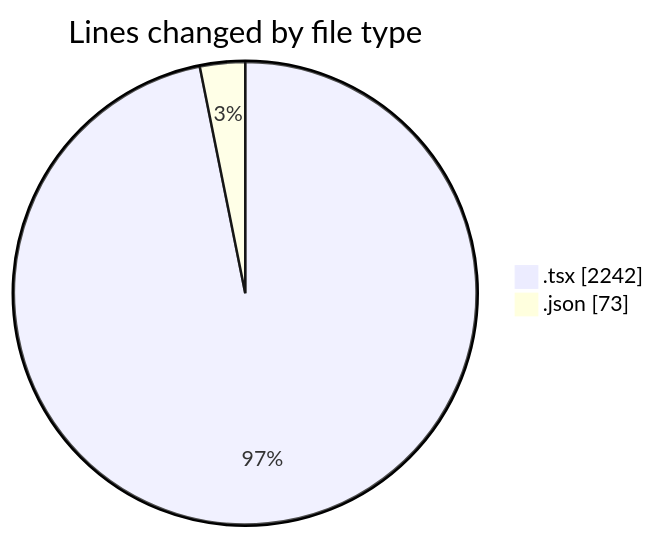
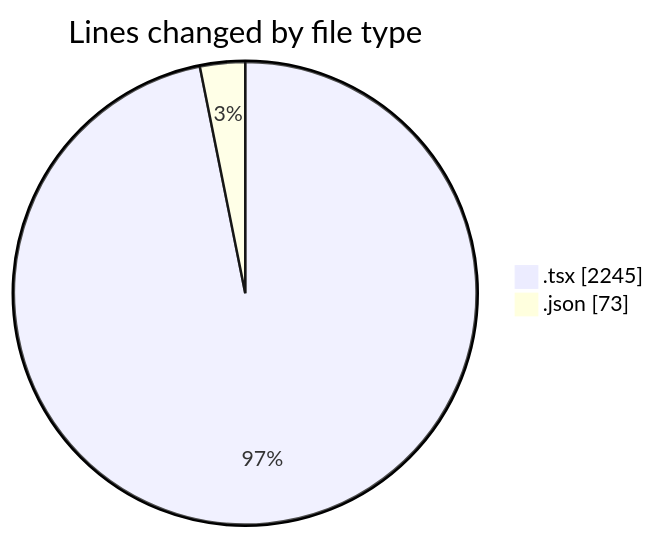
The first of 2 diagrams in 2025-10-02/cda/README.md (momahboobian/code-tracking), drawn with Mermaid before and after one commit. The commit also changed other lines of this file and 1 other file, not shown here.

````diff
--- a/2025-10-02/cda/README.md
+++ b/2025-10-02/cda/README.md
@@ -23,6 +23,6 @@
 ```mermaid
 pie showData
 title Lines changed by file type
-".tsx" : 2242
+".tsx" : 2245
 ".json" : 73
 ```
````
